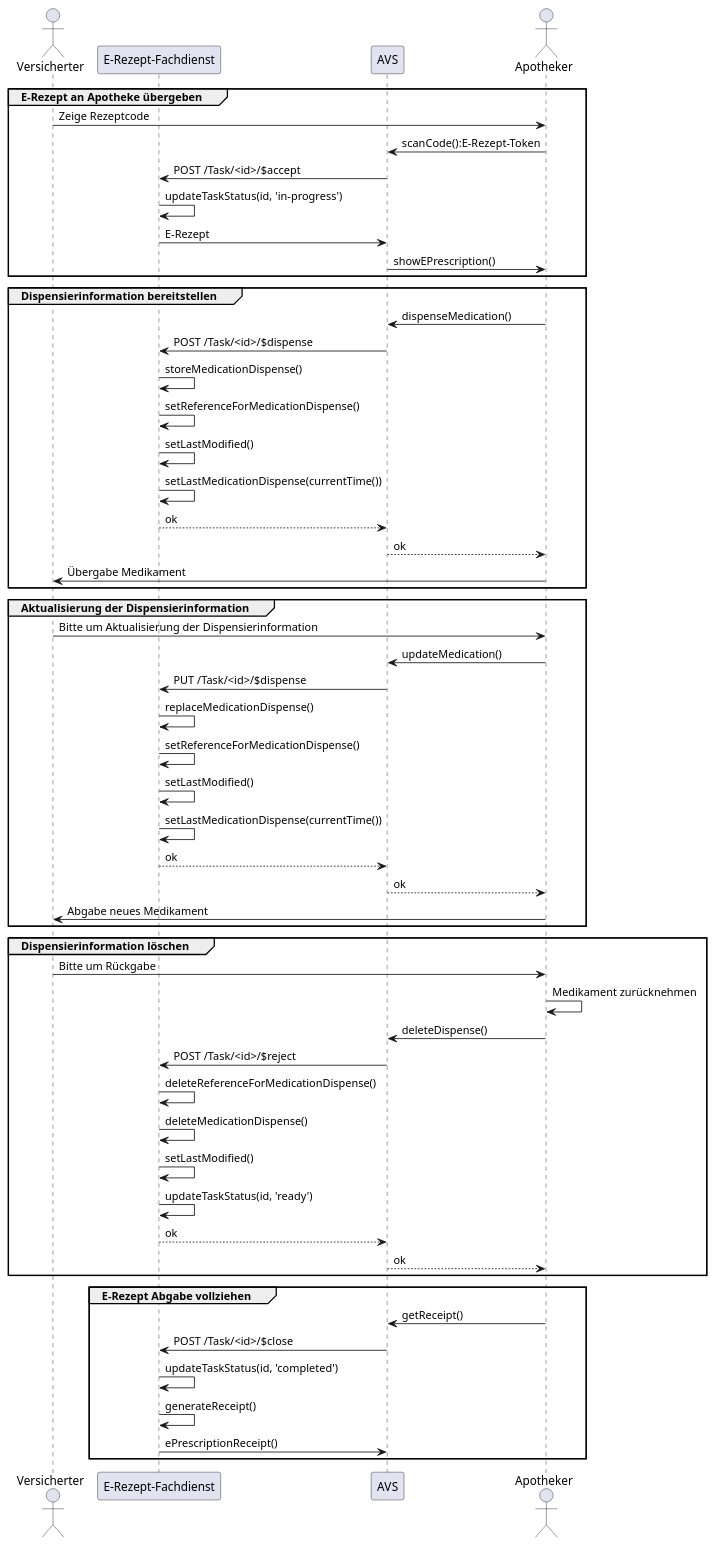
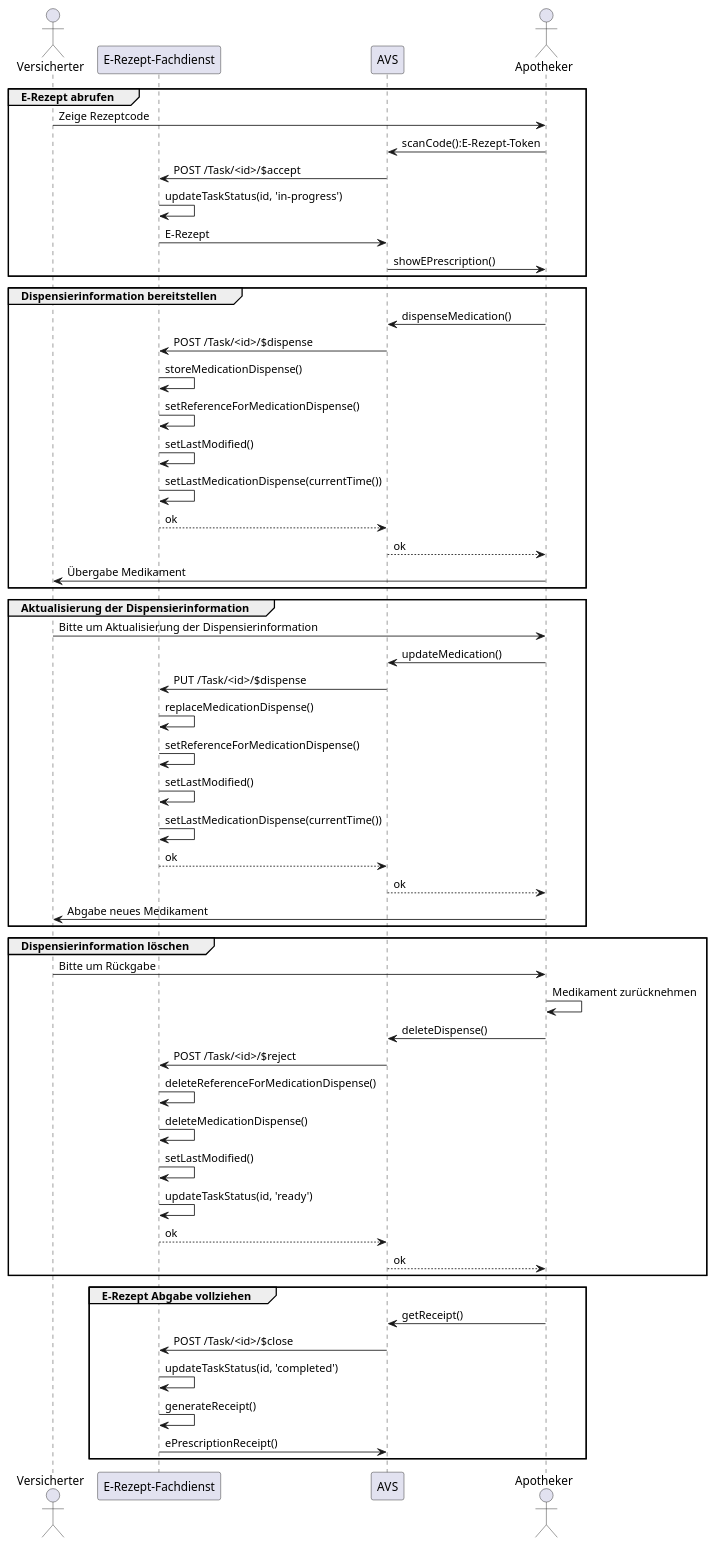
One commit to gematik/api-erp changed the diagram in puml/fdv_zustaende_sequenz.puml. Above: the diagram before and after it, drawn with PlantUML. The commit also changed 1 other file, not shown here.

```diff
--- a/puml/fdv_zustaende_sequenz.puml
+++ b/puml/fdv_zustaende_sequenz.puml
@@ -1,64 +1,64 @@
 @startuml Aktualisierte Abgabeinformationen
 
 actor Versicherter
 participant "E-Rezept-Fachdienst" as FD
 participant AVS
 actor Apotheker
 
-group E-Rezept an Apotheke übergeben
+group E-Rezept abrufen
 Versicherter -> Apotheker: Zeige Rezeptcode
 Apotheker -> AVS: scanCode():E-Rezept-Token
 AVS -> FD: POST /Task/<id>/$accept
 FD -> FD: updateTaskStatus(id, 'in-progress')
 FD -> AVS: E-Rezept
 AVS -> Apotheker: showEPrescription()
 end
 
 group Dispensierinformation bereitstellen
 Apotheker -> AVS: dispenseMedication()
 AVS -> FD: POST /Task/<id>/$dispense
 FD -> FD: storeMedicationDispense()
 FD -> FD: setReferenceForMedicationDispense()
 FD -> FD: setLastModified()
 FD -> FD: setLastMedicationDispense(currentTime())
 FD --> AVS: ok
 AVS --> Apotheker: ok
 Apotheker -> Versicherter: Übergabe Medikament
 end
 
 group Aktualisierung der Dispensierinformation
 Versicherter -> Apotheker: Bitte um Aktualisierung der Dispensierinformation
 Apotheker -> AVS: updateMedication()
 AVS -> FD: PUT /Task/<id>/$dispense
 FD -> FD: replaceMedicationDispense()
 FD -> FD: setReferenceForMedicationDispense()
 FD -> FD: setLastModified()
 FD -> FD: setLastMedicationDispense(currentTime())
 FD --> AVS: ok
 AVS --> Apotheker: ok
 Apotheker -> Versicherter: Abgabe neues Medikament
 end
 
 group Dispensierinformation löschen
 Versicherter -> Apotheker: Bitte um Rückgabe
 Apotheker -> Apotheker: Medikament zurücknehmen
 Apotheker -> AVS: deleteDispense()
 AVS -> FD: POST /Task/<id>/$reject
 FD -> FD: deleteReferenceForMedicationDispense()
 FD -> FD: deleteMedicationDispense()
 FD -> FD: setLastModified()
 FD -> FD: updateTaskStatus(id, 'ready')
 FD --> AVS: ok
 AVS --> Apotheker: ok
 end
 
 group E-Rezept Abgabe vollziehen 
 Apotheker -> AVS: getReceipt()
 AVS -> FD: POST /Task/<id>/$close
 FD -> FD: updateTaskStatus(id, 'completed')
 FD -> FD: generateReceipt()
 FD -> AVS: ePrescriptionReceipt()
 end
 
 
 @enduml
```
